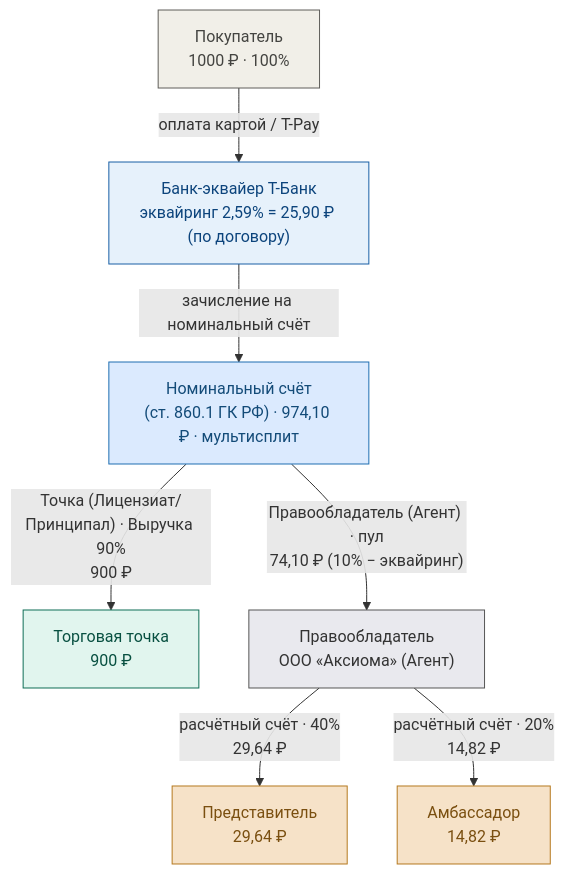
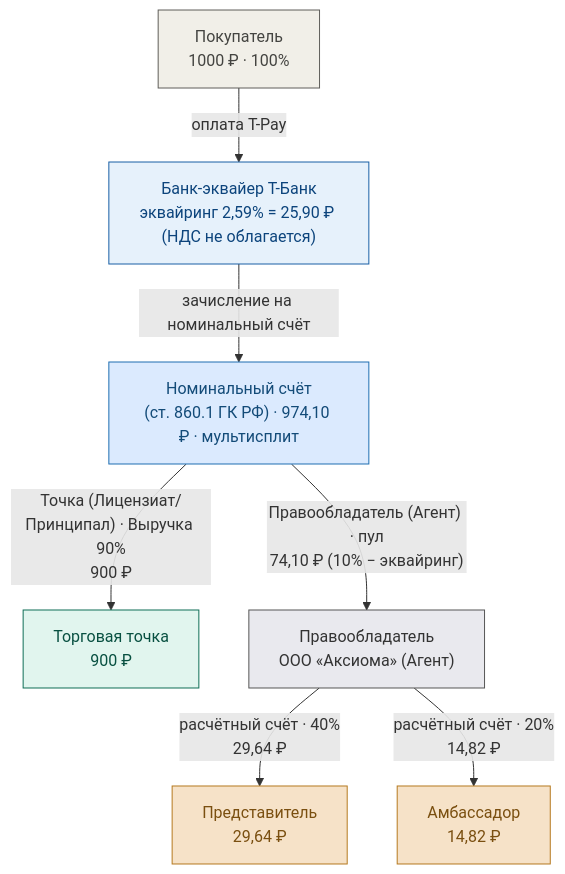
One commit to axiiom-ru/lovii changed the second of 4 diagrams in docs/money_flow_public.md. Above: the diagram before and after it, drawn with Mermaid. The commit also changed other lines of this file, not shown here.

````diff
--- a/docs/money_flow_public.md
+++ b/docs/money_flow_public.md
@@ -51,17 +78,17 @@
 ```mermaid
 flowchart TD
-    P["Покупатель<br/>1000 ₽ · 100%"] -->|"оплата картой / T-Pay"| B["Банк-эквайер Т-Банк<br/>эквайринг 2,59% = 25,90 ₽ (по договору)"]
+    P["Покупатель<br/>1000 ₽ · 100%"] -->|"оплата T-Pay"| B["Банк-эквайер Т-Банк<br/>эквайринг 2,59% = 25,90 ₽ (НДС не облагается)"]
     B -->|"зачисление на номинальный счёт"| T["Номинальный счёт<br/>(ст. 860.1 ГК РФ) · 974,10 ₽ · мультисплит"]
     T -->|"Точка (Лицензиат/Принципал) · Выручка 90%<br/>900 ₽"| S["Торговая точка<br/>900 ₽"]
     T -->|"Правообладатель (Агент) · пул<br/>74,10 ₽ (10% − эквайринг)"| C["Правообладатель<br/>ООО «Аксиома» (Агент)"]
     C -->|"расчётный счёт · 40%<br/>29,64 ₽"| R["Представитель<br/>29,64 ₽"]
     C -->|"расчётный счёт · 20%<br/>14,82 ₽"| A["Амбассадор<br/>14,82 ₽"]
 
     classDef buyer fill:#f1efe8,stroke:#5f5e5a,color:#444441;
     classDef bank fill:#e6f1fb,stroke:#185fa5,color:#0c447c;
     classDef transit fill:#dbeafe,stroke:#1f6fb2,color:#134b78;
     classDef shop fill:#e1f5ee,stroke:#0f6e56,color:#085041;
     classDef dev fill:#e9e9ee,stroke:#555,color:#333;
     classDef rep fill:#f6e2c8,stroke:#b5791f,color:#7a4f10;
     class P buyer; class B bank; class T transit; class S shop; class C dev; class R rep; class A rep;
 ```
````
